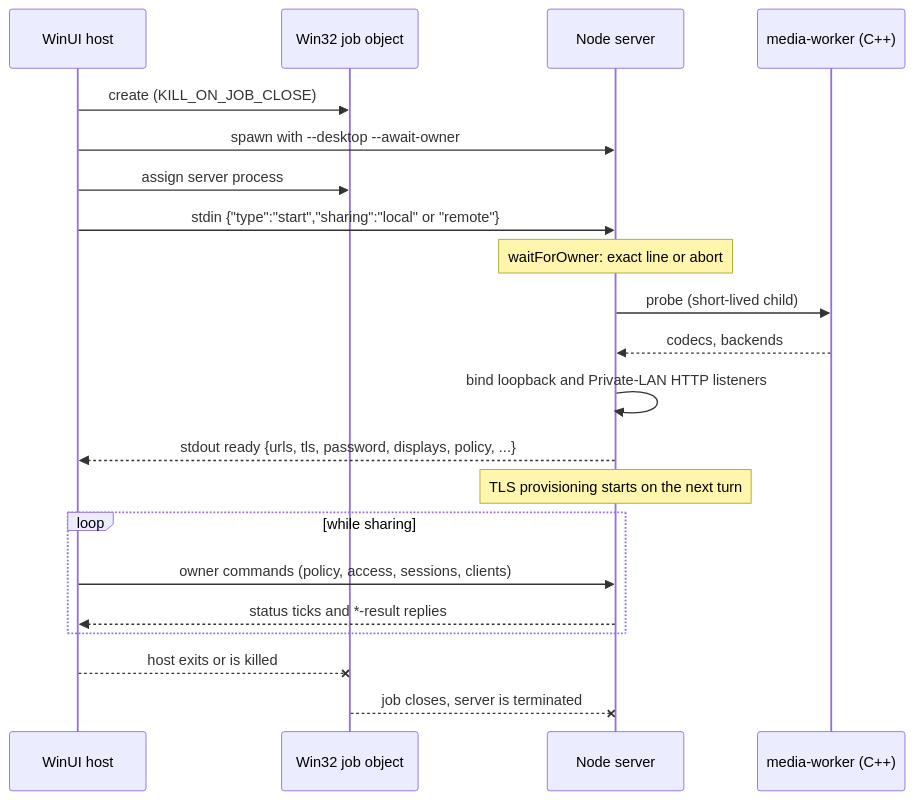
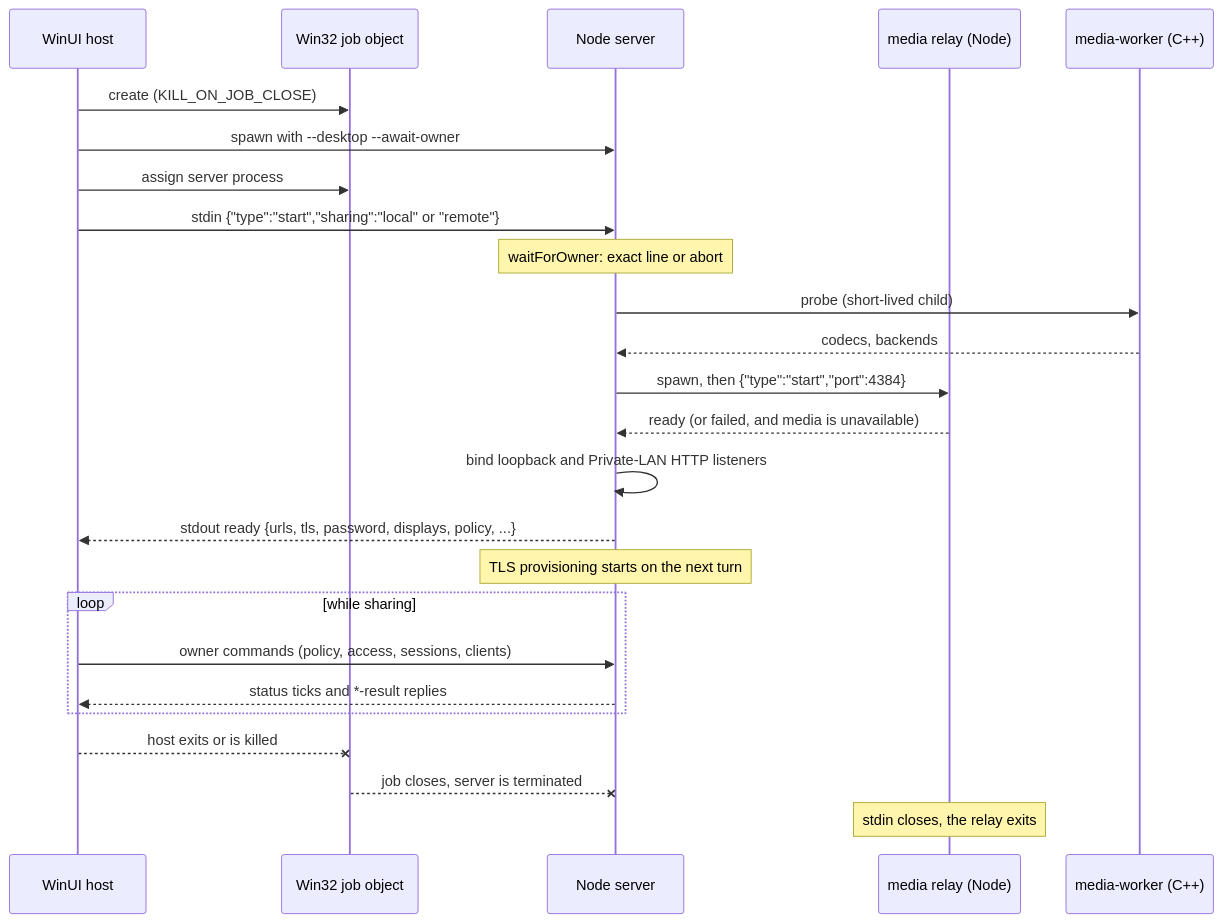
The second of 18 diagrams in docs/ARCHITECTURE.md (kiforsbe/vidvnc), drawn with Mermaid before and after one commit. The commit also changed other lines of this file and 7 other files, not shown here.

First line of the commit message:
Docs: document the media relay (R4 phase 1)

````diff
--- a/docs/ARCHITECTURE.md
+++ b/docs/ARCHITECTURE.md
@@ -68,24 +75,28 @@
 ```mermaid
 sequenceDiagram
     participant Host as WinUI host
     participant Job as Win32 job object
     participant Server as Node server
+    participant Relay as media relay (Node)
     participant Worker as media-worker (C++)
 
     Host->>Job: create (KILL_ON_JOB_CLOSE)
     Host->>Server: spawn with --desktop --await-owner
     Host->>Job: assign server process
     Host->>Server: stdin {"type":"start","sharing":"local" or "remote"}
     Note over Server: waitForOwner: exact line or abort
     Server->>Worker: probe (short-lived child)
     Worker-->>Server: codecs, backends
+    Server->>Relay: spawn, then {"type":"start","port":4384}
+    Relay-->>Server: ready (or failed, and media is unavailable)
     Server->>Server: bind loopback and Private-LAN HTTP listeners
     Server-->>Host: stdout ready {urls, tls, password, displays, policy, ...}
     Note over Server: TLS provisioning starts on the next turn
     loop while sharing
         Host->>Server: owner commands (policy, access, sessions, clients)
         Server-->>Host: status ticks and *-result replies
     end
     Host--xJob: host exits or is killed
     Job--xServer: job closes, server is terminated
+    Note over Relay: stdin closes, the relay exits
 ```
````
